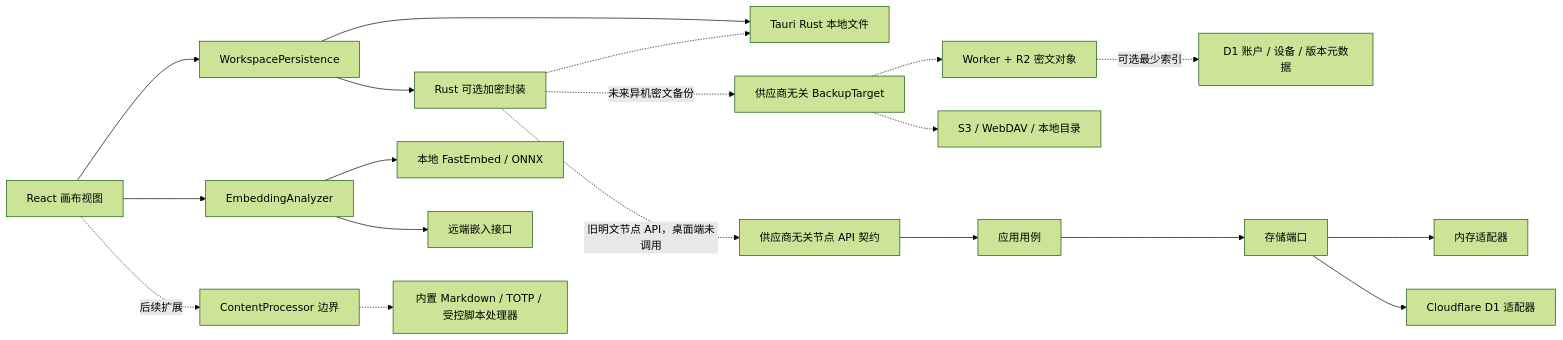
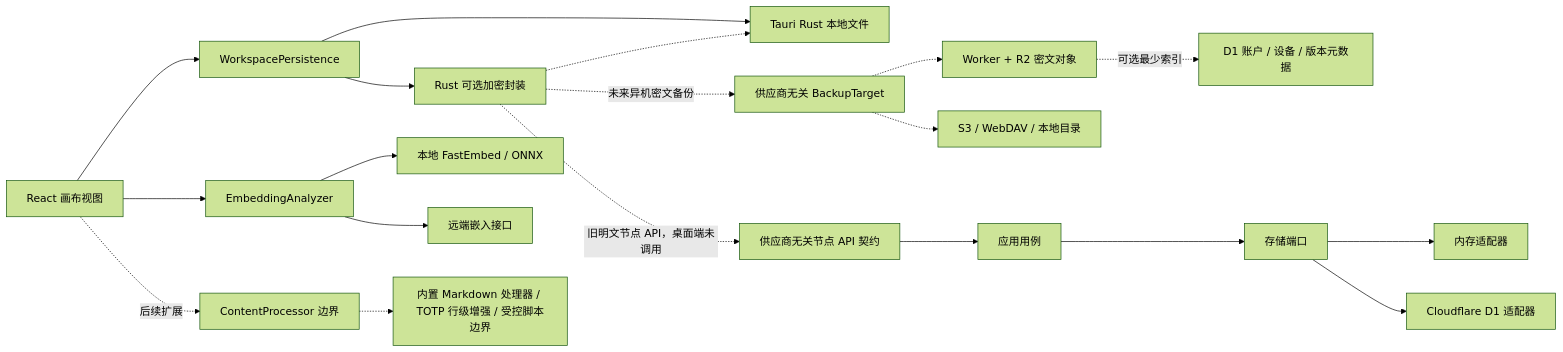
One commit to 3fteye/linked-info changed the diagram in DEVELOPMENT.md. Above: the diagram before and after it, drawn with Mermaid (forest theme). The commit also changed other lines of this file and 21 other files, not shown here.

````diff
--- a/DEVELOPMENT.md
+++ b/DEVELOPMENT.md
@@ -34,21 +34,21 @@
 ```mermaid
 flowchart LR
     UI["React 画布视图"] --> WP["WorkspacePersistence"]
     WP --> TF["Tauri Rust 本地文件"]
     WP --> ENC["Rust 可选加密封装"]
     ENC -.-> TF
     UI --> EA["EmbeddingAnalyzer"]
     EA --> LE["本地 FastEmbed / ONNX"]
     EA --> RE["远端嵌入接口"]
     UI -. "后续扩展" .-> CP["ContentProcessor 边界"]
-    CP -.-> BUILTIN["内置 Markdown / TOTP / 受控脚本处理器"]
+    CP -.-> BUILTIN["内置 Markdown 处理器 / TOTP 行级增强 / 受控脚本边界"]
     ENC -. "未来异机密文备份" .-> BT["供应商无关 BackupTarget"]
     BT -.-> R2["Worker + R2 密文对象"]
     BT -.-> OTHER["S3 / WebDAV / 本地目录"]
     R2 -. "可选最少索引" .-> D1META["D1 账户 / 设备 / 版本元数据"]
     ENC -. "旧明文节点 API，桌面端未调用" .-> API["供应商无关节点 API 契约"]
     API --> APP["应用用例"]
     APP --> PORT["存储端口"]
     PORT --> MEM["内存适配器"]
     PORT --> D1["Cloudflare D1 适配器"]
 ```
````
